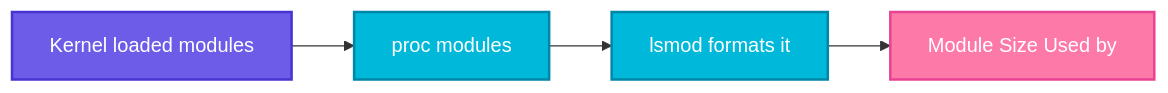
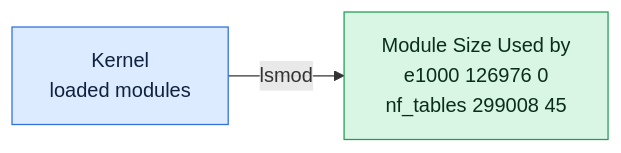
Before and after one commit to codeKerdosTech/DevOps-Documentation: the diagram in linux/system-info/lsmod.md, drawn with Mermaid. The commit also changed other lines of this file and 165 other files, not shown here.

Commit message:
updated diagrams in linux

````diff
--- a/linux/system-info/lsmod.md
+++ b/linux/system-info/lsmod.md
@@ -14,12 +14,11 @@
 ```mermaid
 flowchart LR
-    A[Kernel loaded modules] --> B[proc modules]
-    B --> C[lsmod formats it]
-    C --> D[Module Size Used by]
-    classDef start fill:#6C5CE7,stroke:#4834D4,stroke-width:2px,color:#fff
-    classDef proc fill:#00B8D9,stroke:#0087A8,stroke-width:2px,color:#fff
-    classDef out fill:#FD79A8,stroke:#E84393,stroke-width:2px,color:#fff
-    class A start
-    class B,C proc
-    class D out
+    i1[Kernel<br/>loaded modules] -->|lsmod| o1[Module  Size  Used by<br/>e1000  126976  0<br/>nf_tables  299008  45]
+    classDef inp fill:#DCEBFF,stroke:#2F6FDE,color:#10213F
+    classDef cmd fill:#FFF0C2,stroke:#C98A00,color:#3A2A00
+    classDef out fill:#D9F5E3,stroke:#1F9D55,color:#0B2E1A
+    classDef bad fill:#FDE0E0,stroke:#D13B3B,color:#4A0F0F
+    classDef note fill:#ECEFF3,stroke:#7B8794,color:#1F2933
+    class i1 inp
+    class o1 out
 ```
````
